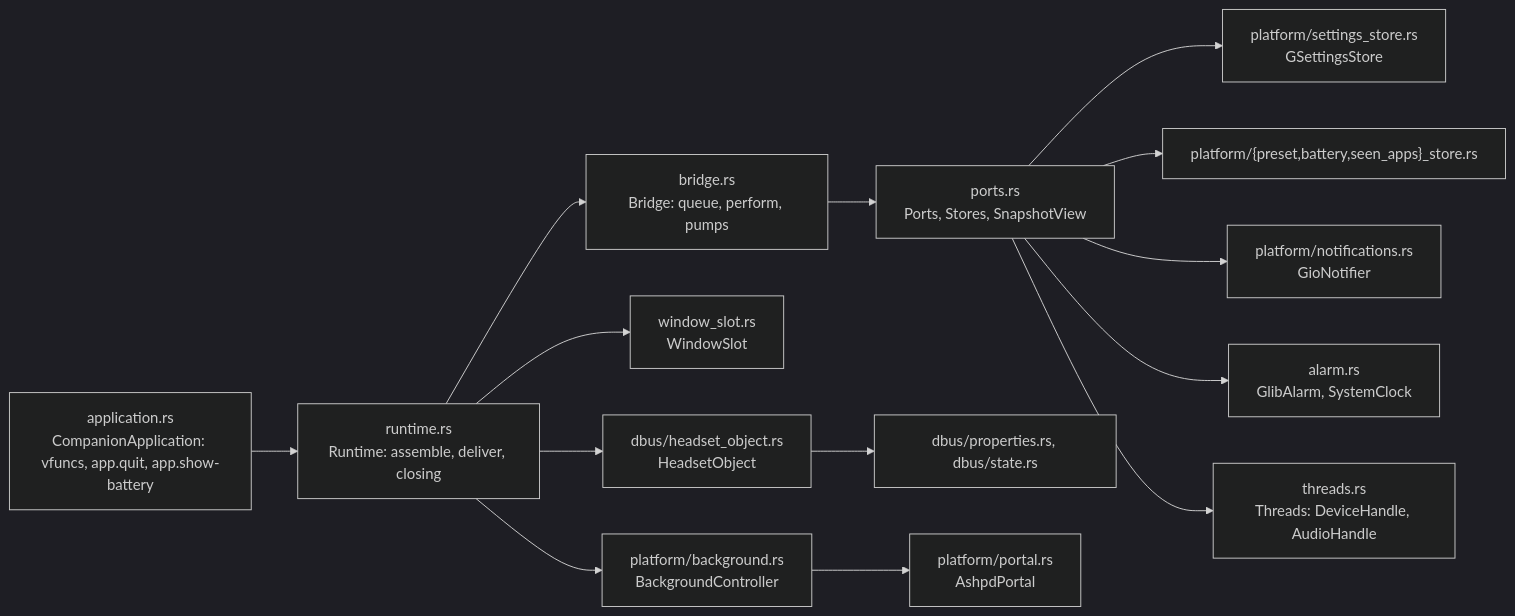
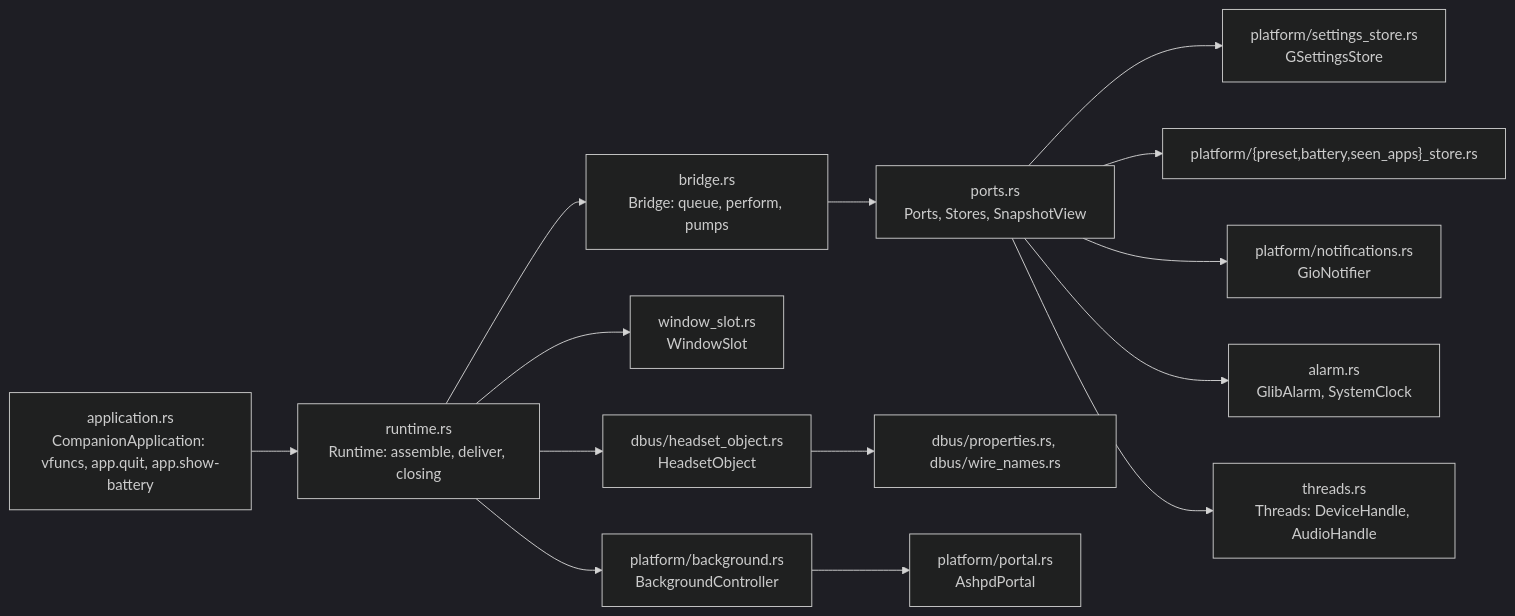
One commit to marcelogm/arctis-companion changed the first of 6 diagrams in docs/architecture/app.md. Above: the diagram before and after it, drawn with Mermaid (dark theme). The commit also changed other lines of this file and 1 other file, not shown here.

````diff
--- a/docs/architecture/app.md
+++ b/docs/architecture/app.md
@@ -10,16 +10,16 @@
 ```mermaid
 flowchart LR
     app["application.rs<br/>CompanionApplication: vfuncs, app.quit, app.show-battery"] --> rt["runtime.rs<br/>Runtime: assemble, deliver, closing"]
     rt --> br["bridge.rs<br/>Bridge: queue, perform, pumps"]
     rt --> ws["window_slot.rs<br/>WindowSlot"]
     rt --> ho["dbus/headset_object.rs<br/>HeadsetObject"]
     rt --> bg["platform/background.rs<br/>BackgroundController"]
     br --> ports["ports.rs<br/>Ports, Stores, SnapshotView"]
     ports --> st["platform/settings_store.rs<br/>GSettingsStore"]
     ports --> fs["platform/{preset,battery,seen_apps}_store.rs"]
     ports --> nt["platform/notifications.rs<br/>GioNotifier"]
     ports --> al["alarm.rs<br/>GlibAlarm, SystemClock"]
     ports --> th["threads.rs<br/>Threads: DeviceHandle, AudioHandle"]
-    ho --> pr["dbus/properties.rs, dbus/state.rs"]
+    ho --> pr["dbus/properties.rs, dbus/wire_names.rs"]
     bg --> po["platform/portal.rs<br/>AshpdPortal"]
 ```
````
